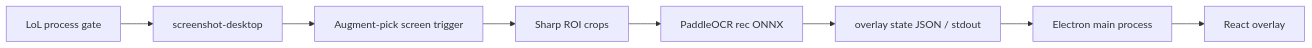
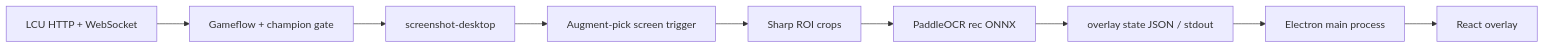
One commit to xzq-xu/open-hex-assistant changed the second of 2 diagrams in docs/architecture.md. Above: the diagram before and after it, drawn with Mermaid. The commit also changed other lines of this file and 11 other files, not shown here.

Commit message:
Add LCU gameflow integration

````diff
--- a/docs/architecture.md
+++ b/docs/architecture.md
@@ -61,10 +61,11 @@
 ```mermaid
 flowchart LR
-  Game["LoL process gate"] --> Capture["screenshot-desktop"]
+  LCU["LCU HTTP + WebSocket"] --> Game["Gameflow + champion gate"]
+  Game --> Capture["screenshot-desktop"]
   Capture --> Trigger["Augment-pick screen trigger"]
   Trigger --> Crop["Sharp ROI crops"]
   Crop --> Rec["PaddleOCR rec ONNX"]
   Rec --> Json["overlay state JSON / stdout"]
   Json --> Electron["Electron main process"]
   Electron --> Overlay["React overlay"]
 ```
````
